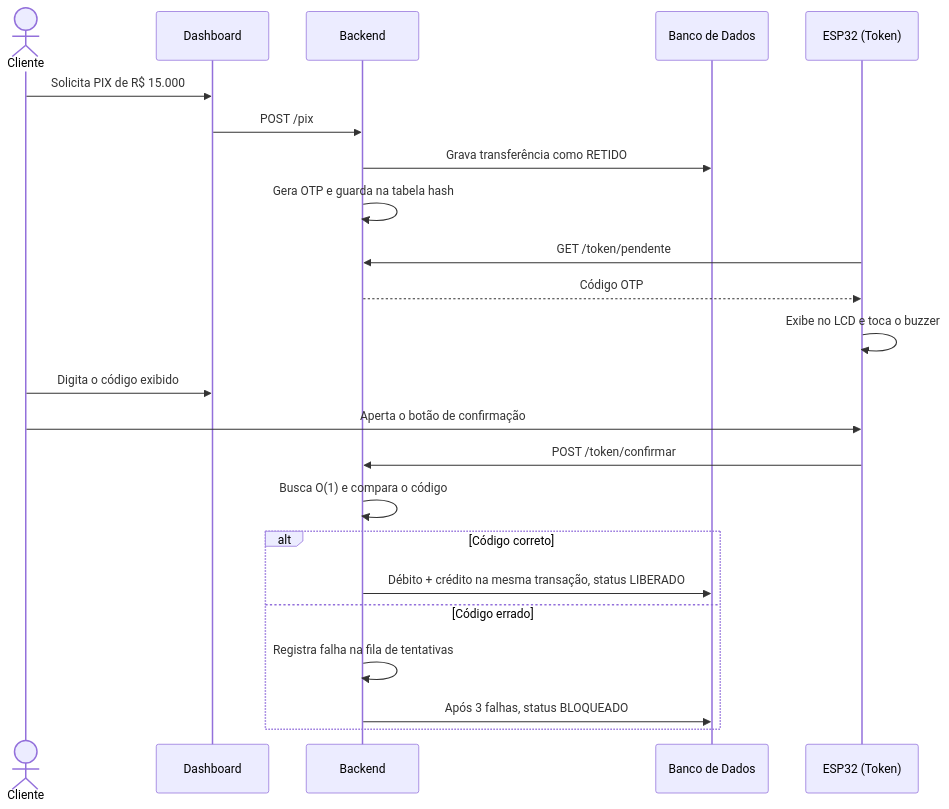
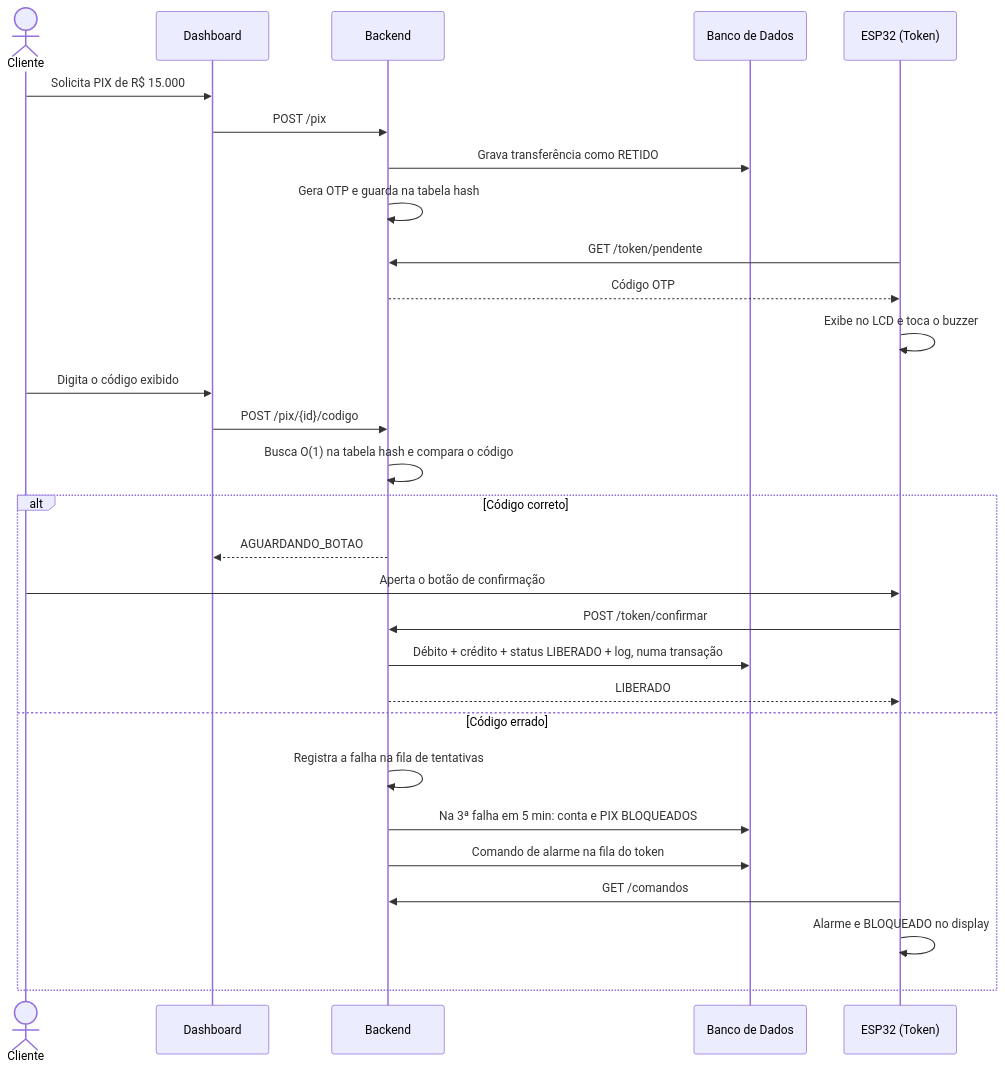
The second of 3 diagrams in README.md (joaosouza-jota/bytebank-iot-hardware-key), drawn with Mermaid before and after one commit. The commit also changed other lines of this file, not shown here.

Commit message:
Documenta API, banco, dashboard e testes das Entregas 3 e 4

````diff
--- a/README.md
+++ b/README.md
@@ -60,26 +65,32 @@
 ```mermaid
 sequenceDiagram
     actor Cliente
     participant Dashboard
     participant API as Backend
     participant BD as Banco de Dados
     participant Token as ESP32 (Token)
 
     Cliente->>Dashboard: Solicita PIX de R$ 15.000
     Dashboard->>API: POST /pix
     API->>BD: Grava transferência como RETIDO
     API->>API: Gera OTP e guarda na tabela hash
     Token->>API: GET /token/pendente
     API-->>Token: Código OTP
     Token->>Token: Exibe no LCD e toca o buzzer
     Cliente->>Dashboard: Digita o código exibido
-    Cliente->>Token: Aperta o botão de confirmação
-    Token->>API: POST /token/confirmar
-    API->>API: Busca O(1) e compara o código
+    Dashboard->>API: POST /pix/{id}/codigo
+    API->>API: Busca O(1) na tabela hash e compara o código
     alt Código correto
-        API->>BD: Débito + crédito na mesma transação, status LIBERADO
+        API-->>Dashboard: AGUARDANDO_BOTAO
+        Cliente->>Token: Aperta o botão de confirmação
+        Token->>API: POST /token/confirmar
+        API->>BD: Débito + crédito + status LIBERADO + log, numa transação
+        API-->>Token: LIBERADO
     else Código errado
-        API->>API: Registra falha na fila de tentativas
-        API->>BD: Após 3 falhas, status BLOQUEADO
+        API->>API: Registra a falha na fila de tentativas
+        API->>BD: Na 3ª falha em 5 min: conta e PIX BLOQUEADOS
+        API->>BD: Comando de alarme na fila do token
+        Token->>API: GET /comandos
+        Token->>Token: Alarme e BLOQUEADO no display
     end
 ```
````
